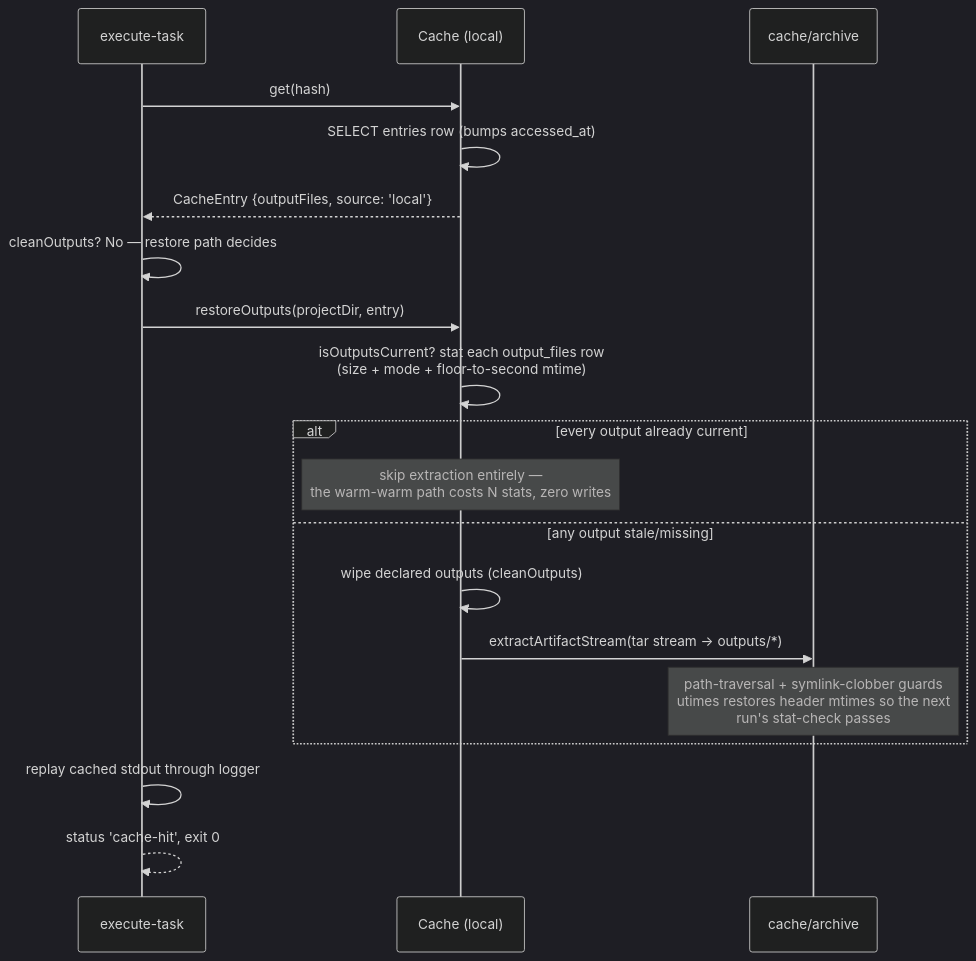
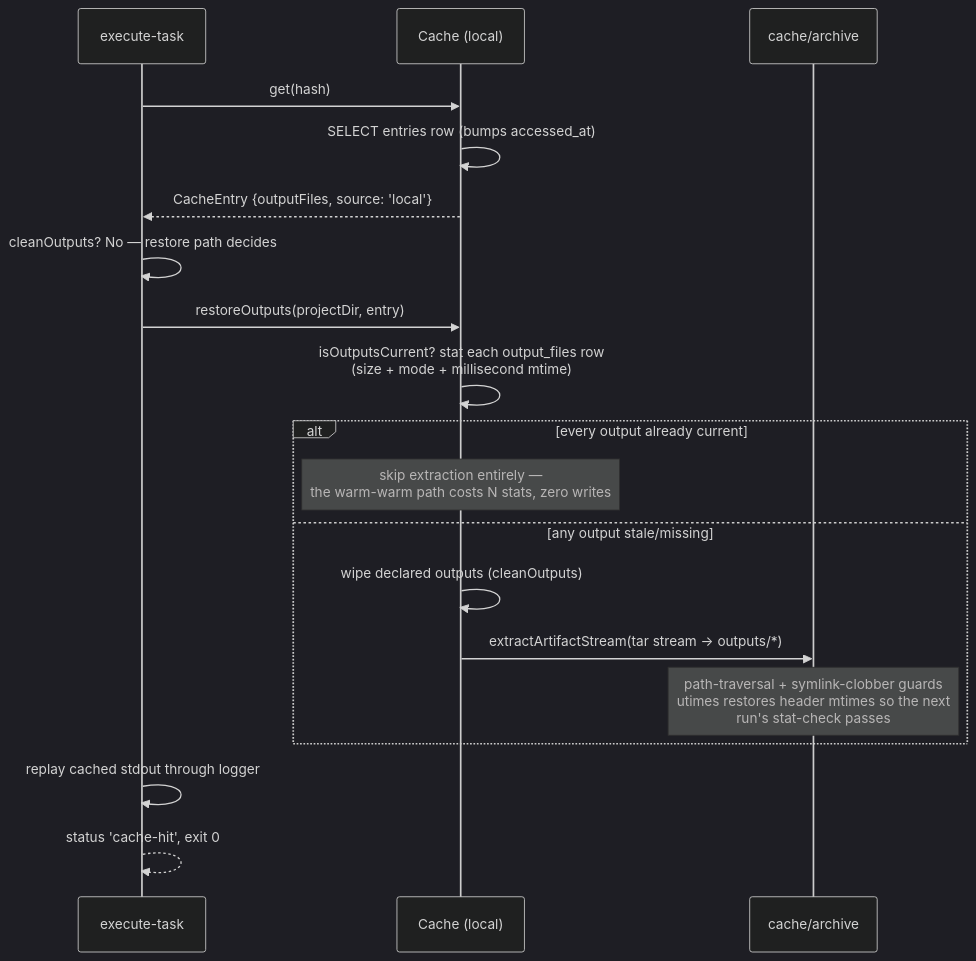
The second of 10 diagrams in packages/vx/docs/flows.md (vznjs/vx), drawn with Mermaid (dark theme) before and after one commit. The commit also changed other lines of this file and 4 other files, not shown here.

First line of the commit message:
Date the output fingerprint to the millisecond it actually uses

````diff
--- a/packages/vx/docs/flows.md
+++ b/packages/vx/docs/flows.md
@@ -50,22 +50,22 @@
 ```mermaid
 sequenceDiagram
     participant X as execute-task
     participant C as Cache (local)
     participant T as cache/archive
 
     X->>C: get(hash)
     C->>C: SELECT entries row (bumps accessed_at)
     C-->>X: CacheEntry {outputFiles, source: 'local'}
     X->>X: cleanOutputs? No — restore path decides
     X->>C: restoreOutputs(projectDir, entry)
-    C->>C: isOutputsCurrent? stat each output_files row<br/>(size + mode + floor-to-second mtime)
+    C->>C: isOutputsCurrent? stat each output_files row<br/>(size + mode + millisecond mtime)
     alt every output already current
         Note over C: skip extraction entirely —<br/>the warm-warm path costs N stats, zero writes
     else any output stale/missing
         C->>C: wipe declared outputs (cleanOutputs)
         C->>T: extractArtifactStream(tar stream → outputs/*)
         Note over T: path-traversal + symlink-clobber guards<br/>utimes restores header mtimes so the next<br/>run's stat-check passes
     end
     X->>X: replay cached stdout through logger
     X-->>X: status 'cache-hit', exit 0
 ```
````
